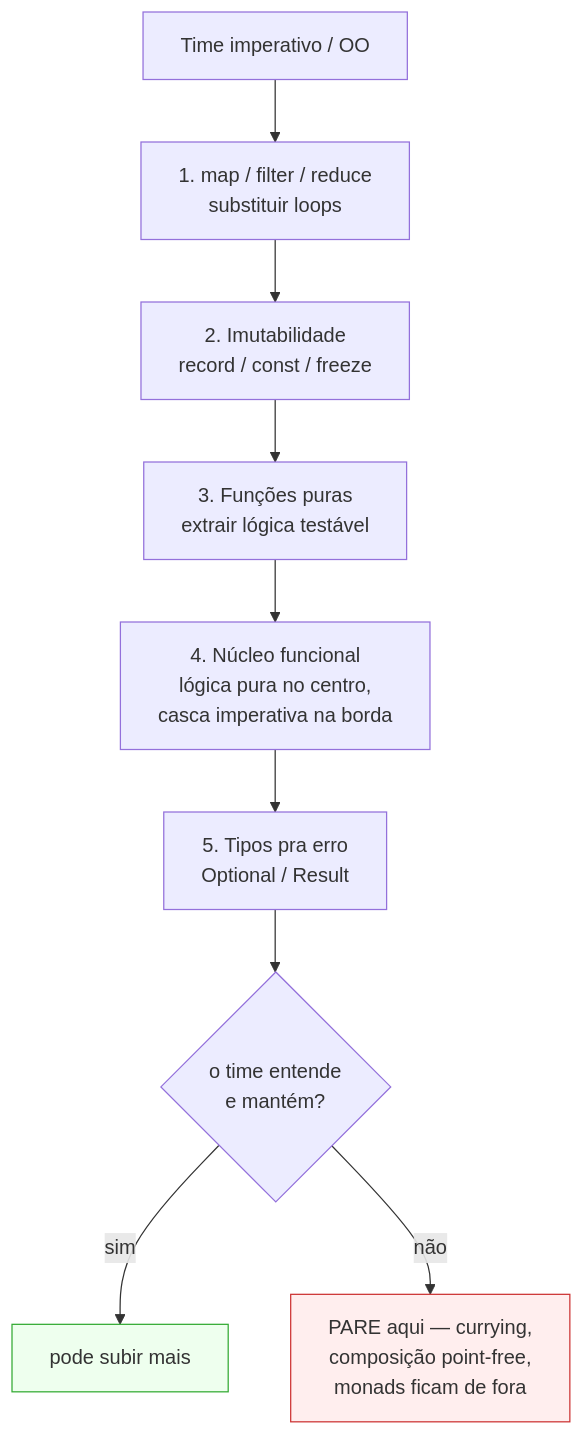
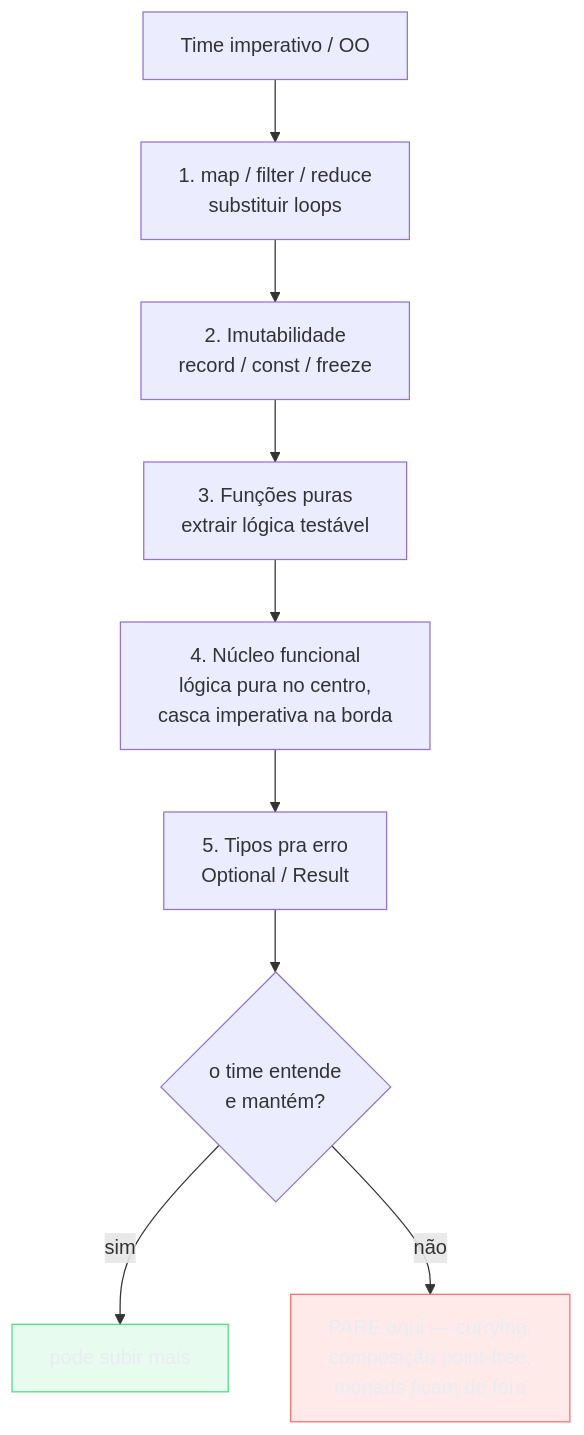
The second of 4 diagrams in 03-Dominios/Ciência/Paradigmas/15 - Programação funcional na prática.md (josenaldo/codex-technomanticus), drawn with Mermaid before and after one commit. The commit also changed other lines of this file and 1181 other files, not shown here.

First line of the commit message:
fix(diagramas): paleta do sistema no lugar de cor cravada no markdown

````diff
--- a/03-Dominios/Ciência/Paradigmas/15 - Programação funcional na prática.md
+++ b/03-Dominios/Ciência/Paradigmas/15 - Programação funcional na prática.md
@@ -143,13 +143,15 @@
 ```mermaid
 flowchart TD
+    classDef falha fill:#FF6B6B24,stroke:#FF6B6B,color:#E9ECF2
+    classDef ok fill:#4ADE8021,stroke:#4ADE80,color:#E9ECF2
     A["Time imperativo / OO"] --> B["1. map / filter / reduce<br/>substituir loops"]
     B --> C["2. Imutabilidade<br/>record / const / freeze"]
     C --> D["3. Funções puras<br/>extrair lógica testável"]
     D --> E["4. Núcleo funcional<br/>lógica pura no centro,<br/>casca imperativa na borda"]
     E --> F["5. Tipos pra erro<br/>Optional / Result"]
     F --> G{"o time entende<br/>e mantém?"}
     G -->|sim| H["pode subir mais"]
     G -->|não| I["PARE aqui — currying,<br/>composição point-free,<br/>monads ficam de fora"]
-    style I fill:#fee,stroke:#c33
-    style H fill:#efe,stroke:#3a3
+    class I falha
+    class H ok
 ```
````
